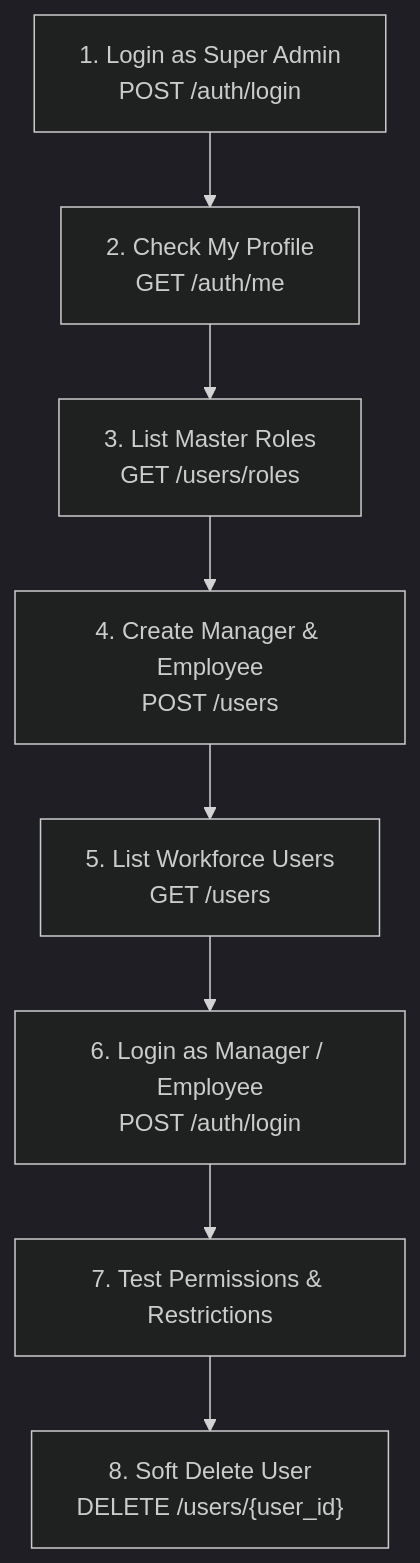
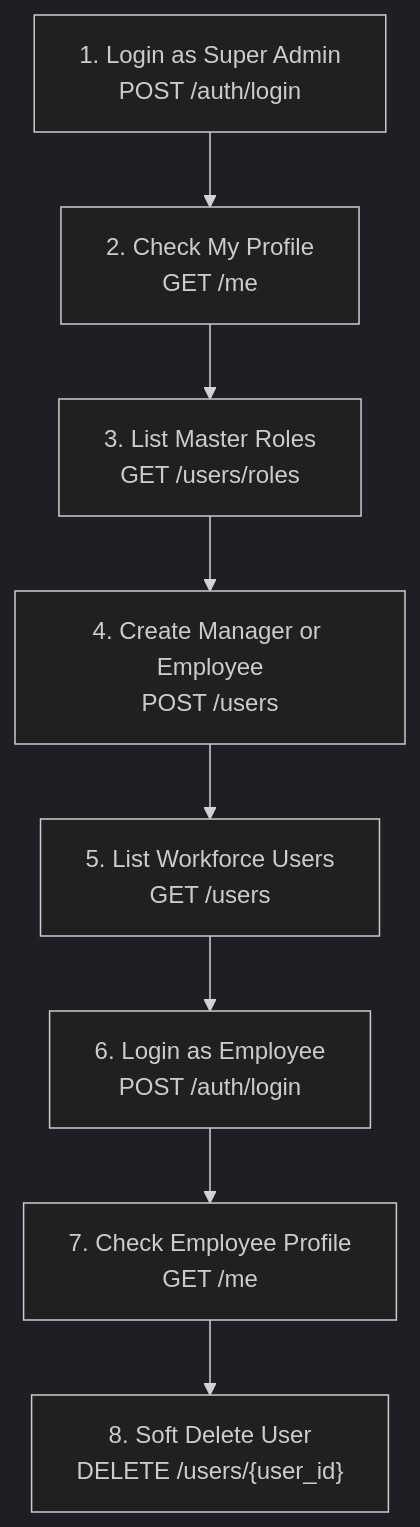
The diagram in API_DOCUMENTATION.md (shakhaminc/GJSpaces-BE), drawn with Mermaid (dark theme) before and after one commit. The commit also changed other lines of this file and 5 other files, not shown here.

````diff
--- a/API_DOCUMENTATION.md
+++ b/API_DOCUMENTATION.md
@@ -542,10 +410,10 @@
 ```mermaid
 flowchart TD
-    A["1. Login as Super Admin<br/>POST /auth/login"] --> B["2. Check My Profile<br/>GET /auth/me"]
+    A["1. Login as Super Admin<br/>POST /auth/login"] --> B["2. Check My Profile<br/>GET /me"]
     B --> C["3. List Master Roles<br/>GET /users/roles"]
-    C --> D["4. Create Manager & Employee<br/>POST /users"]
+    C --> D["4. Create Manager or Employee<br/>POST /users"]
     D --> E["5. List Workforce Users<br/>GET /users"]
-    E --> F["6. Login as Manager / Employee<br/>POST /auth/login"]
-    F --> G["7. Test Permissions & Restrictions"]
+    E --> F["6. Login as Employee<br/>POST /auth/login"]
+    F --> G["7. Check Employee Profile<br/>GET /me"]
     G --> H["8. Soft Delete User<br/>DELETE /users/{user_id}"]
 ```
````
